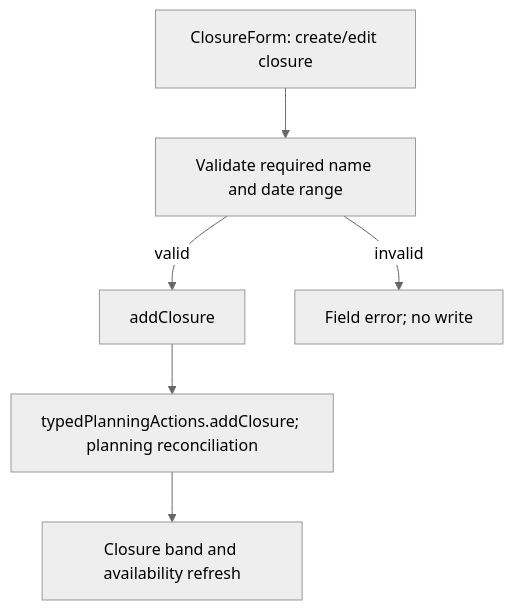
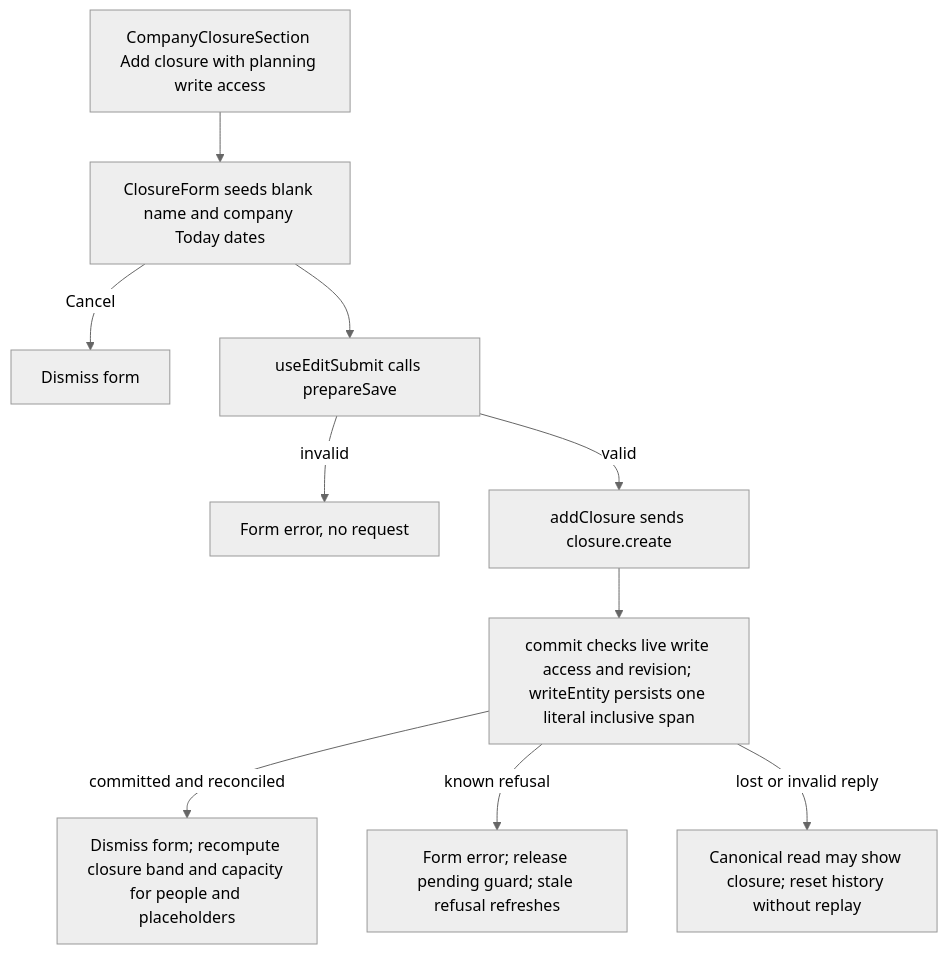
The second of 2 diagrams in user-stories/time-off/US-TOF-06-company-wide-closure.md (Kevinjohn/capacitylens), drawn with Mermaid (neutral theme) before and after one commit. The commit also changed other lines of this file and 172 other files, not shown here.

Commit message:
docs: reconcile user story code flows with source

````diff
--- a/user-stories/time-off/US-TOF-06-company-wide-closure.md
+++ b/user-stories/time-off/US-TOF-06-company-wide-closure.md
@@ -44,8 +44,12 @@
 ```mermaid
 flowchart TD
-  A["ClosureForm: create/edit closure"] --> B["Validate required name and date range"]
-  B -->|valid| C["addClosure"]
-  B -->|invalid| D["Field error; no write"]
-  C --> E["typedPlanningActions.addClosure; planning reconciliation"]
-  E --> F["Closure band and availability refresh"]
+  List["CompanyClosureSection Add closure with planning write access"] --> Form["ClosureForm seeds blank name and company Today dates"]
+  Form -->|Cancel| Close["Dismiss form"]
+  Form --> Check["useEditSubmit calls prepareSave"]
+  Check -->|invalid| Field["Form error, no request"]
+  Check -->|valid| Send["addClosure sends closure.create"]
+  Send --> Commit["commit checks live write access and revision; writeEntity persists one literal inclusive span"]
+  Commit -->|committed and reconciled| Project["Dismiss form; recompute closure band and capacity for people and placeholders"]
+  Commit -->|known refusal| Error["Form error; release pending guard; stale refusal refreshes"]
+  Commit -->|lost or invalid reply| Unknown["Canonical read may show closure; reset history without replay"]
 ```
````
